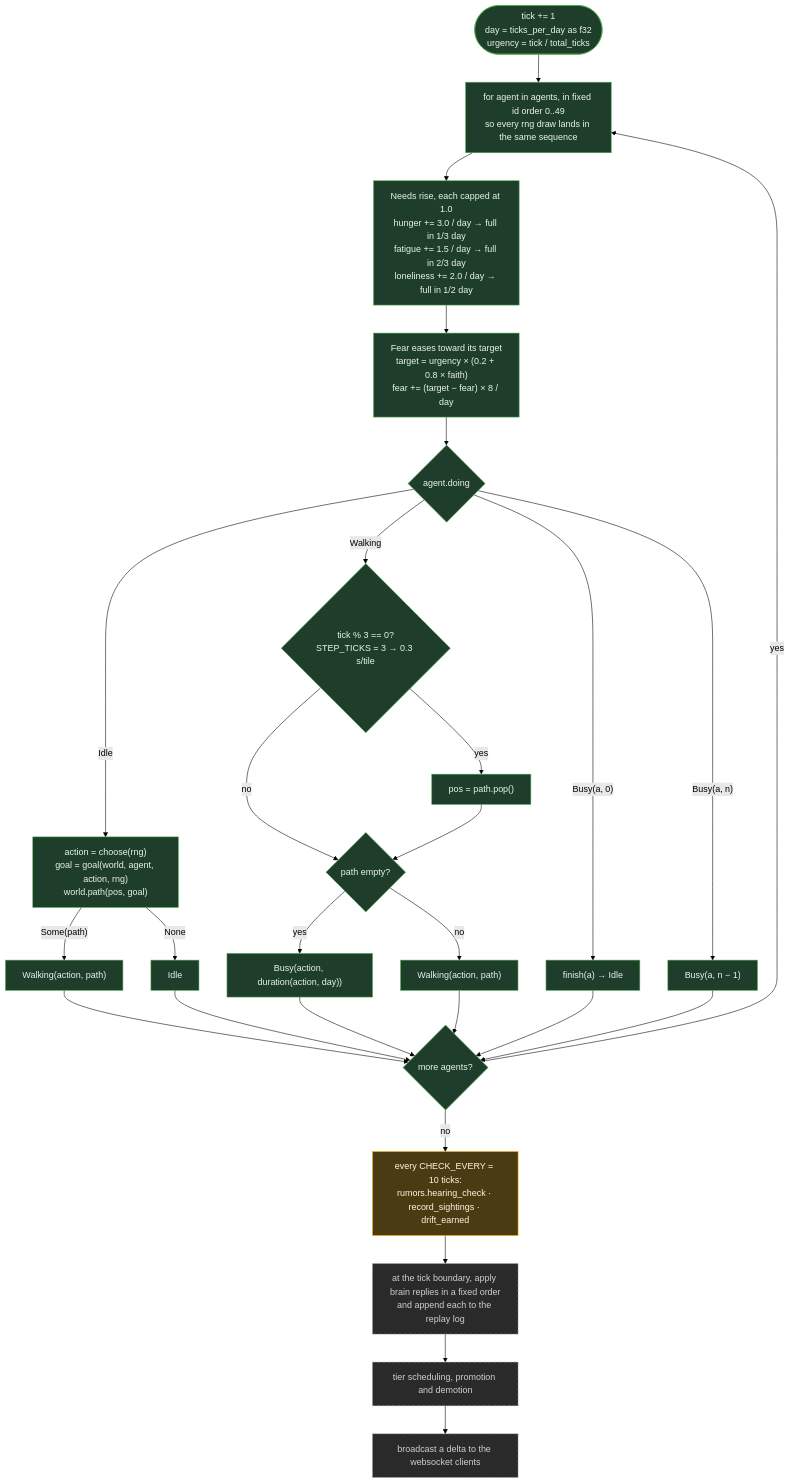
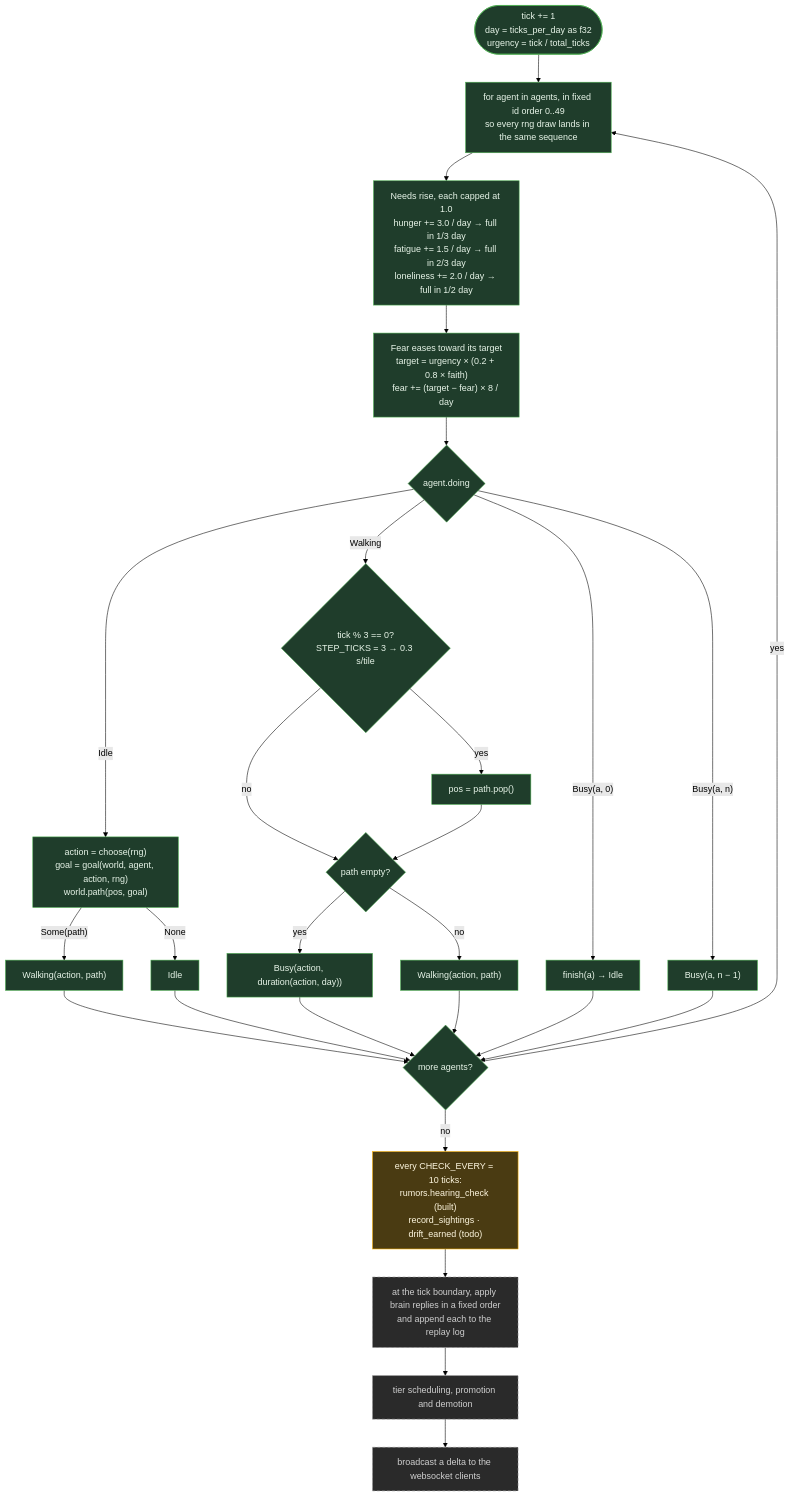
Before and after one commit to VarnoxL/last-vigil: the fourth of 8 diagrams in README.md, drawn with Mermaid (forest theme). The commit also changed other lines of this file and 3 other files, not shown here.

First line of the commit message:
Hearing check collect phase, wired into Sim::tick

````diff
--- a/README.md
+++ b/README.md
@@ -471,28 +471,28 @@
 ```mermaid
 flowchart TD
     classDef built fill:#1f3d2b,stroke:#4caf50,color:#e8f5e9
     classDef stub fill:#4a3b12,stroke:#ffb300,color:#fff8e1
     classDef planned fill:#2a2a2a,stroke:#9e9e9e,color:#cfcfcf,stroke-dasharray:5 4
 
     A(["tick += 1<br/>day = ticks_per_day as f32<br/>urgency = tick / total_ticks"]):::built --> L
     L["for agent in agents, in fixed id order 0..49<br/>so every rng draw lands in the same sequence"]:::built --> N
     N["Needs rise, each capped at 1.0<br/>hunger += 3.0 / day → full in 1/3 day<br/>fatigue += 1.5 / day → full in 2/3 day<br/>loneliness += 2.0 / day → full in 1/2 day"]:::built --> F
     F["Fear eases toward its target<br/>target = urgency × (0.2 + 0.8 × faith)<br/>fear += (target − fear) × 8 / day"]:::built --> S
     S{"agent.doing"}:::built
     S -- "Idle" --> I1["action = choose(rng)<br/>goal = goal(world, agent, action, rng)<br/>world.path(pos, goal)"]:::built
     I1 -- "Some(path)" --> I2["Walking(action, path)"]:::built
     I1 -- "None" --> I3["Idle"]:::built
     S -- "Walking" --> W1{"tick % 3 == 0?<br/>STEP_TICKS = 3 → 0.3 s/tile"}:::built
     W1 -- "yes" --> W2["pos = path.pop()"]:::built
     W1 -- "no" --> W3
     W2 --> W3{"path empty?"}:::built
     W3 -- "yes" --> W4["Busy(action, duration(action, day))"]:::built
     W3 -- "no" --> W5["Walking(action, path)"]:::built
     S -- "Busy(a, 0)" --> B1["finish(a) → Idle"]:::built
     S -- "Busy(a, n)" --> B2["Busy(a, n − 1)"]:::built
     I2 & I3 & W4 & W5 & B1 & B2 --> NEXT{"more agents?"}:::built
     NEXT -- "yes" --> L
     NEXT -- "no" --> RUM
-    RUM["every CHECK_EVERY = 10 ticks:<br/>rumors.hearing_check · record_sightings · drift_earned"]:::stub --> BR
+    RUM["every CHECK_EVERY = 10 ticks:<br/>rumors.hearing_check (built)<br/>record_sightings · drift_earned (todo)"]:::stub --> BR
     BR["at the tick boundary, apply brain replies in a fixed order<br/>and append each to the replay log"]:::planned --> TIER["tier scheduling, promotion and demotion"]:::planned --> OUT["broadcast a delta to the websocket clients"]:::planned
 ```
````
